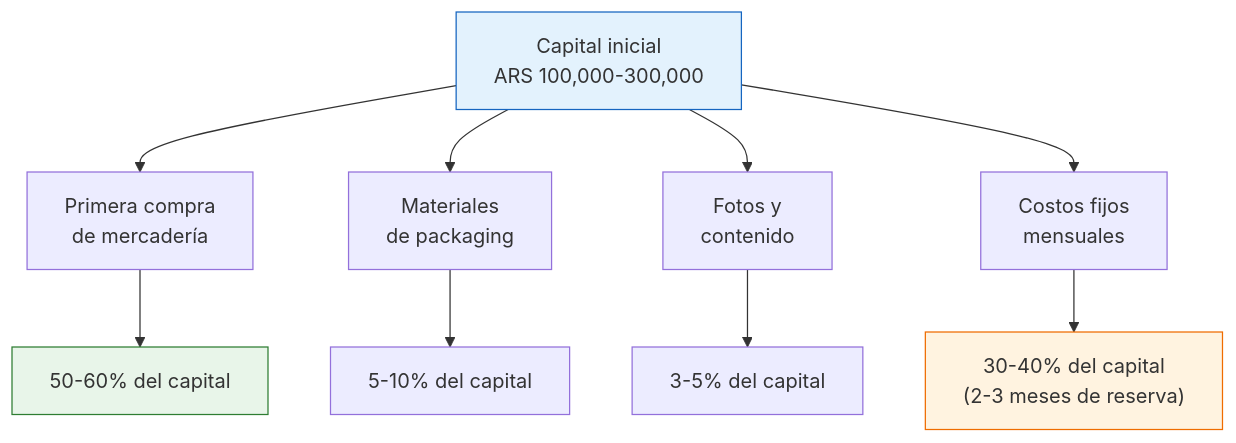
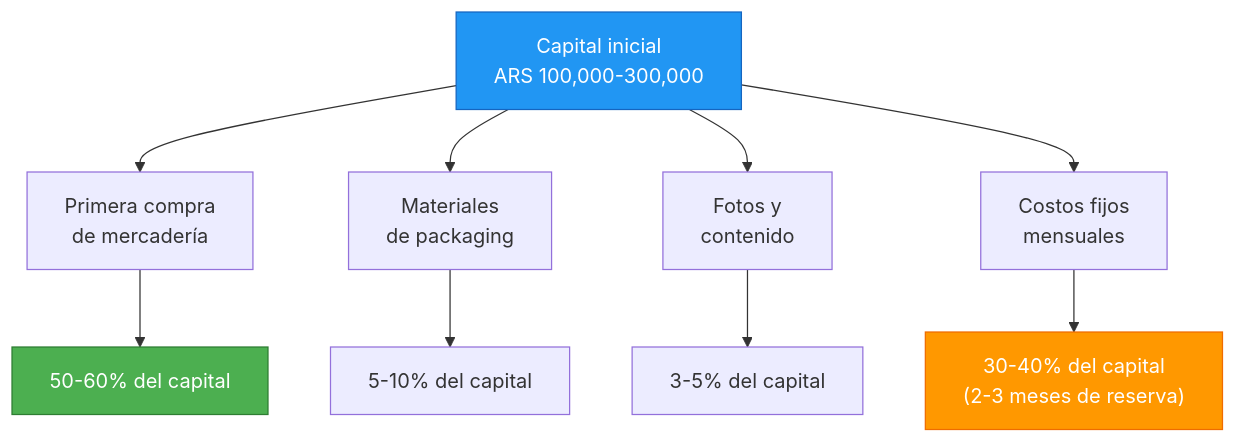
The first of 2 diagrams in app/paso1-argentina/empezar-de-cero/capital-inicial.mdx (barrosignacioezequiel-coder/docs), drawn with Mermaid before and after one commit. The commit also changed other lines of this file and 66 other files, not shown here.

First line of the commit message:
fix: resolve Mermaid v11 numbered list errors + improve contrast

````diff
--- a/app/paso1-argentina/empezar-de-cero/capital-inicial.mdx
+++ b/app/paso1-argentina/empezar-de-cero/capital-inicial.mdx
@@ -15,16 +15,16 @@
 ```mermaid
 graph TD
     A["Capital inicial<br/>ARS 100,000-300,000"] --> B["Primera compra<br/>de mercadería"]
     A --> C["Materiales<br/>de packaging"]
     A --> D["Fotos y<br/>contenido"]
     A --> E["Costos fijos<br/>mensuales"]
 
     B --> F["50-60% del capital"]
     C --> G["5-10% del capital"]
     D --> H["3-5% del capital"]
     E --> I["30-40% del capital<br/>(2-3 meses de reserva)"]
 
-    style A fill:#e3f2fd,stroke:#1565c0
-    style F fill:#e8f5e9,stroke:#2e7d32
-    style I fill:#fff3e0,stroke:#ef6c00
+    style A fill:#2196f3,stroke:#1565c0,color:#fff
+    style F fill:#4caf50,stroke:#2e7d32,color:#fff
+    style I fill:#ff9800,stroke:#ef6c00,color:#fff
 ```
````
